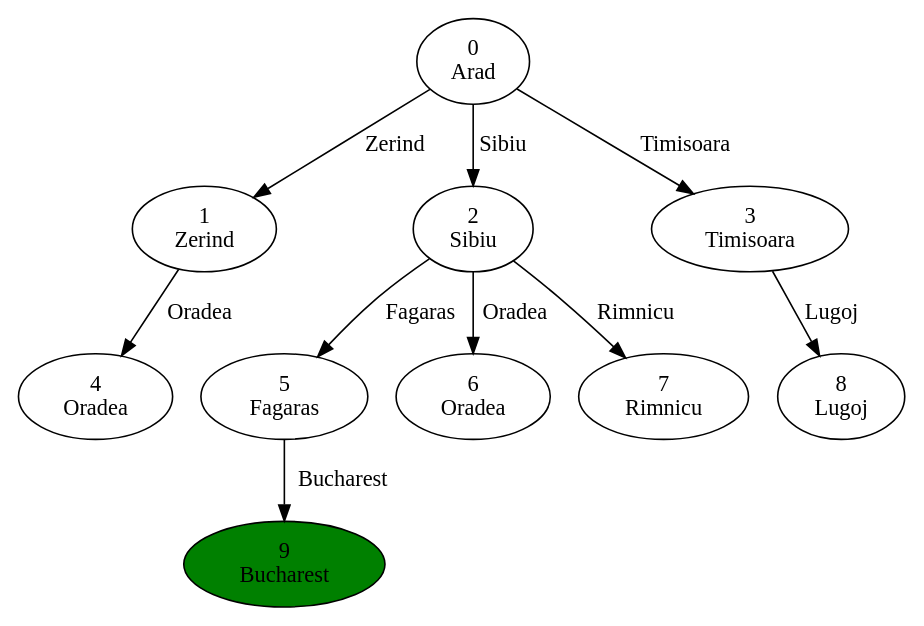
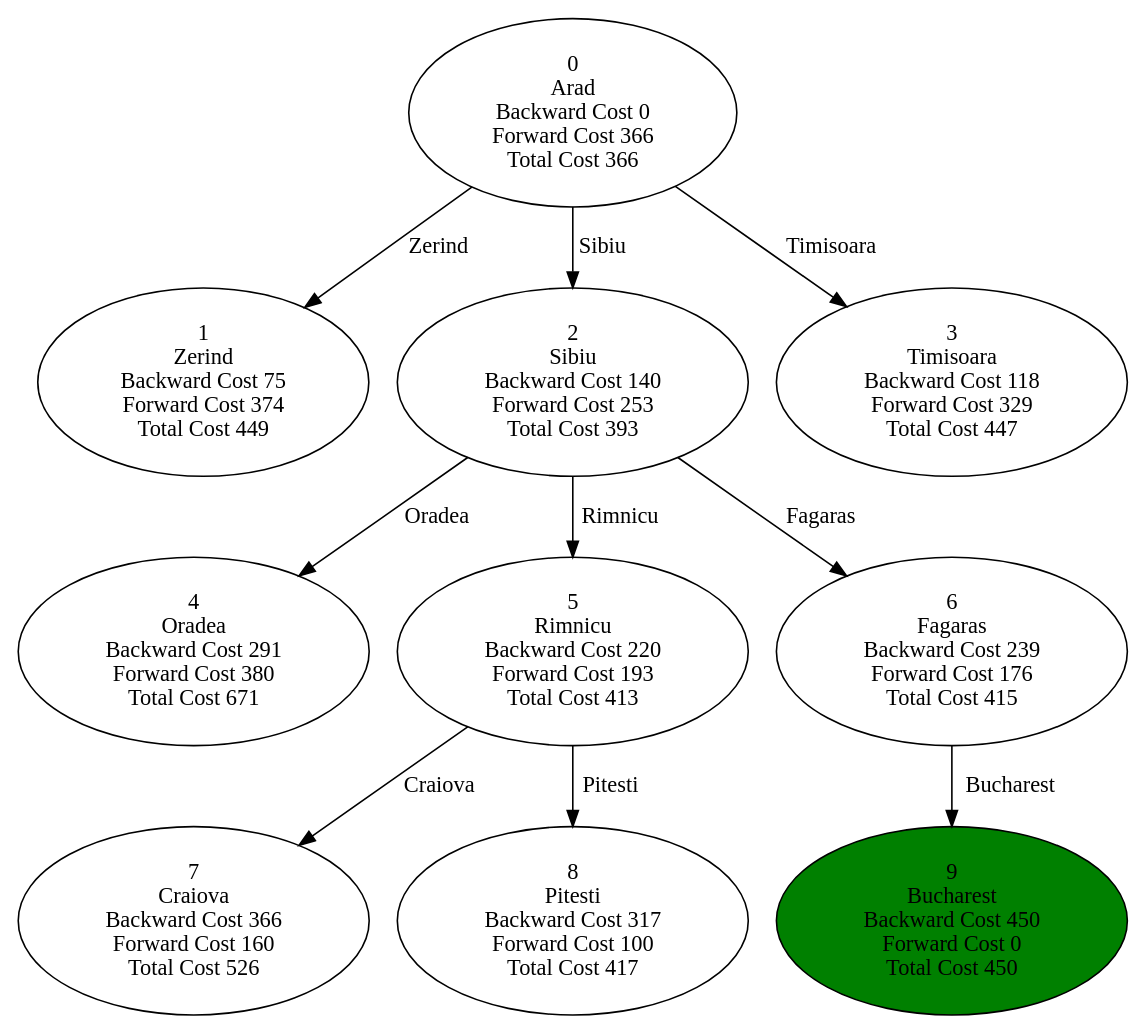
The diagram in examples/a_star/output.dot (skadio/explorateur), drawn with Graphviz before and after one commit. The commit also changed 4 other files, not shown here.

```diff
--- a/examples/a_star/output.dot
+++ b/examples/a_star/output.dot
@@ -1,32 +1,89 @@
 digraph G {
 spline=line;
 "0
-Arad" -> "1
-Zerind" [label="Zerind"];
+Arad
+Backward Cost 0
+Forward Cost 366
+Total Cost 366" -> "1
+Zerind
+Backward Cost 75
+Forward Cost 374
+Total Cost 449" [label="Zerind"];
 "0
-Arad" -> "2
-Sibiu" [label="Sibiu"];
+Arad
+Backward Cost 0
+Forward Cost 366
+Total Cost 366" -> "2
+Sibiu
+Backward Cost 140
+Forward Cost 253
+Total Cost 393" [label="Sibiu"];
 "0
-Arad" -> "3
-Timisoara" [label="Timisoara"];
-"1
-Zerind" -> "4
-Oradea" [label="Oradea"];
+Arad
+Backward Cost 0
+Forward Cost 366
+Total Cost 366" -> "3
+Timisoara
+Backward Cost 118
+Forward Cost 329
+Total Cost 447" [label="Timisoara"];
 "2
-Sibiu" -> "5
-Fagaras" [label="Fagaras"];
+Sibiu
+Backward Cost 140
+Forward Cost 253
+Total Cost 393" -> "4
+Oradea
+Backward Cost 291
+Forward Cost 380
+Total Cost 671" [label="Oradea"];
 "2
-Sibiu" -> "6
-Oradea" [label="Oradea"];
+Sibiu
+Backward Cost 140
+Forward Cost 253
+Total Cost 393" -> "5
+Rimnicu
+Backward Cost 220
+Forward Cost 193
+Total Cost 413" [label="Rimnicu"];
 "2
-Sibiu" -> "7
-Rimnicu" [label="Rimnicu"];
-"3
-Timisoara" -> "8
-Lugoj" [label="Lugoj"];
+Sibiu
+Backward Cost 140
+Forward Cost 253
+Total Cost 393" -> "6
+Fagaras
+Backward Cost 239
+Forward Cost 176
+Total Cost 415" [label="Fagaras"];
 "5
-Fagaras" -> "9
-Bucharest" [label="Bucharest"];
+Rimnicu
+Backward Cost 220
+Forward Cost 193
+Total Cost 413" -> "7
+Craiova
+Backward Cost 366
+Forward Cost 160
+Total Cost 526" [label="Craiova"];
+"5
+Rimnicu
+Backward Cost 220
+Forward Cost 193
+Total Cost 413" -> "8
+Pitesti
+Backward Cost 317
+Forward Cost 100
+Total Cost 417" [label="Pitesti"];
+"6
+Fagaras
+Backward Cost 239
+Forward Cost 176
+Total Cost 415" -> "9
+Bucharest
+Backward Cost 450
+Forward Cost 0
+Total Cost 450" [label="Bucharest"];
 "9
-Bucharest" [style=filled fillcolor=green];
+Bucharest
+Backward Cost 450
+Forward Cost 0
+Total Cost 450" [style=filled fillcolor=green];
 }
```
